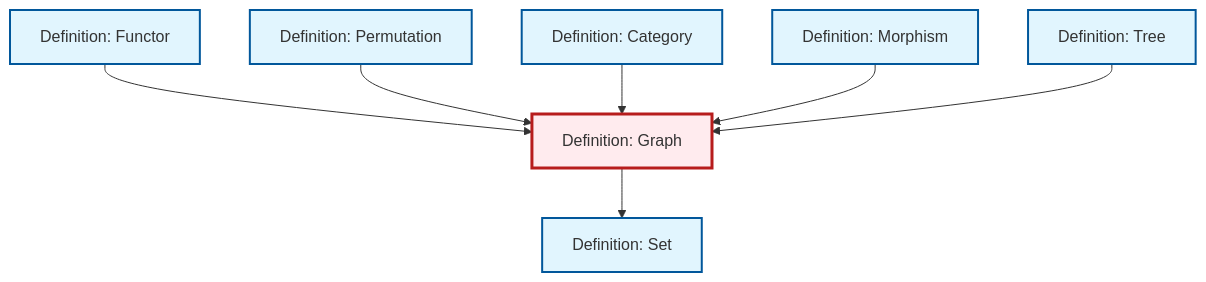
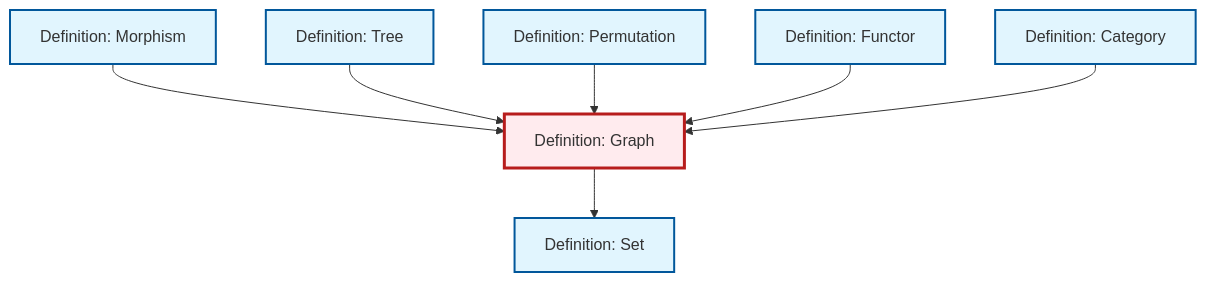
One commit to RK0429/ModernMath changed the diagram in content/ja/combinatorics/def-graph.qmd. Above: the diagram before and after it, drawn with Mermaid. The commit also changed other lines of this file and 619 other files, not shown here.

````diff
--- a/content/ja/combinatorics/def-graph.qmd
+++ b/content/ja/combinatorics/def-graph.qmd
@@ -94,29 +94,29 @@
 ```{mermaid}
 %%| fig-cap: "Local dependency graph"
 graph TD
     classDef definition fill:#e1f5fe,stroke:#01579b,stroke-width:2px
     classDef theorem fill:#f3e5f5,stroke:#4a148c,stroke-width:2px
     classDef axiom fill:#fff3e0,stroke:#e65100,stroke-width:2px
     classDef example fill:#e8f5e9,stroke:#1b5e20,stroke-width:2px
     classDef current fill:#ffebee,stroke:#b71c1c,stroke-width:3px
+    def-functor["Definition: Functor"]:::definition
+    def-set["Definition: Set"]:::definition
+    def-permutation["Definition: Permutation"]:::definition
+    def-morphism["Definition: Morphism"]:::definition
+    def-graph["Definition: Graph"]:::definition
+    def-tree["Definition: Tree"]:::definition
     def-category["Definition: Category"]:::definition
-    def-set["Definition: Set"]:::definition
-    def-morphism["Definition: Morphism"]:::definition
-    def-permutation["Definition: Permutation"]:::definition
-    def-tree["Definition: Tree"]:::definition
-    def-graph["Definition: Graph"]:::definition
-    def-functor["Definition: Functor"]:::definition
-    def-functor --> def-graph
-    def-permutation --> def-graph
-    def-category --> def-graph
-    def-graph --> def-set
     def-morphism --> def-graph
     def-tree --> def-graph
+    def-permutation --> def-graph
+    def-functor --> def-graph
+    def-graph --> def-set
+    def-category --> def-graph
     class def-graph current
+    click def-functor "def-functor.html" "Definition: Functorへ"
+    click def-set "def-set.html" "Definition: Setへ"
+    click def-permutation "def-permutation.html" "Definition: Permutationへ"
+    click def-morphism "def-morphism.html" "Definition: Morphismへ"
+    click def-tree "def-tree.html" "Definition: Treeへ"
     click def-category "def-category.html" "Definition: Categoryへ"
-    click def-set "def-set.html" "Definition: Setへ"
-    click def-morphism "def-morphism.html" "Definition: Morphismへ"
-    click def-permutation "def-permutation.html" "Definition: Permutationへ"
-    click def-tree "def-tree.html" "Definition: Treeへ"
-    click def-functor "def-functor.html" "Definition: Functorへ"
 ```
````
